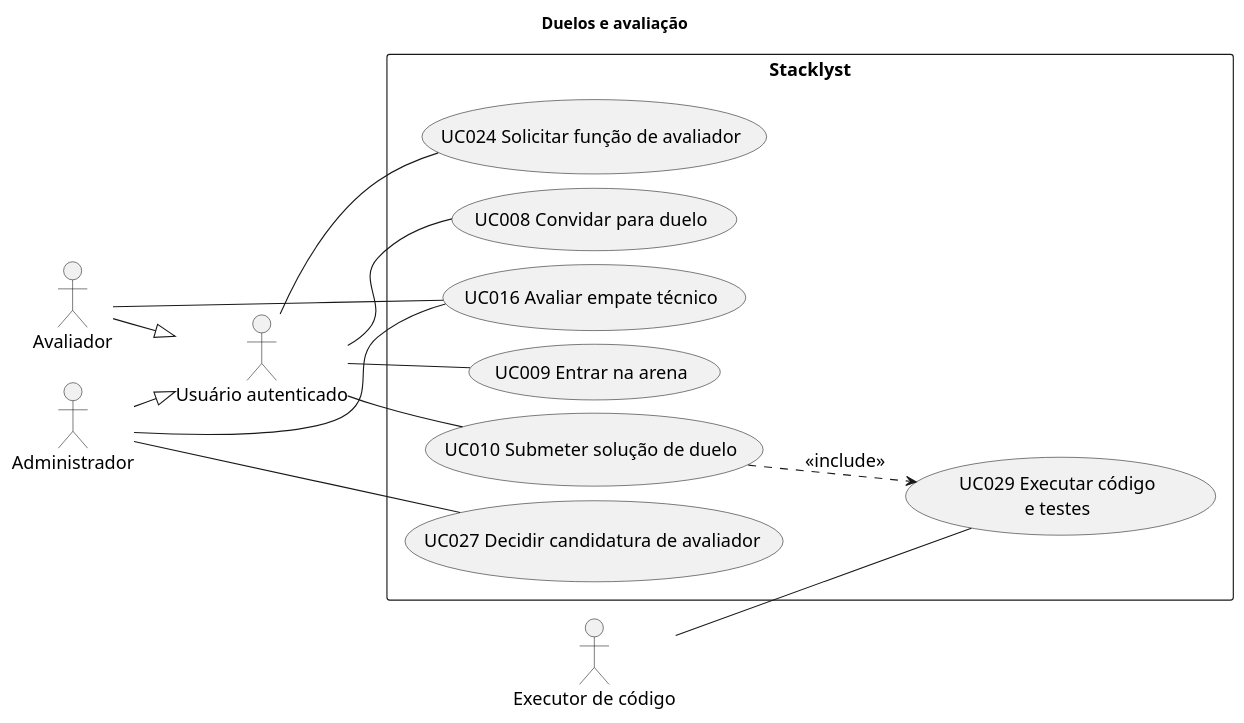
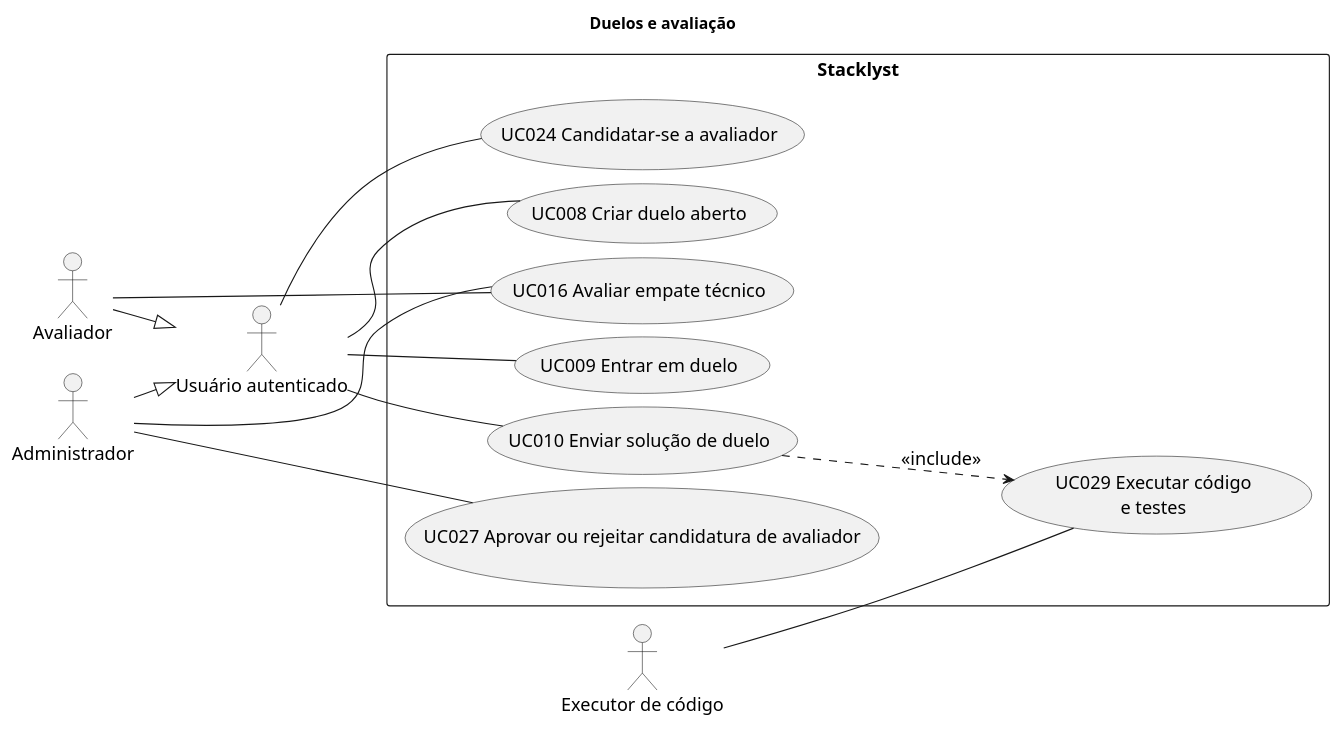
Before and after one commit to pedrotescaro/Stacklyst: the diagram in docs/laboratorio-engenharia-software/diagramas/fontes/casos-duelos.puml, drawn with PlantUML. The commit also changed 11 other files, not shown here.

```diff
--- a/docs/laboratorio-engenharia-software/diagramas/fontes/casos-duelos.puml
+++ b/docs/laboratorio-engenharia-software/diagramas/fontes/casos-duelos.puml
@@ -1,34 +1,34 @@
 @startuml
 title Duelos e avaliação
 left to right direction
 skinparam monochrome true
 skinparam shadowing false
 skinparam defaultFontName Arial
 skinparam defaultFontSize 16
 skinparam nodesep 12
 skinparam ranksep 35
 actor "Usuário autenticado" as Usuario
 actor Avaliador
 actor Administrador
 actor "Executor de código" as Runner
 rectangle Stacklyst {
   usecase "UC029 Executar código\ne testes" as UC029
-  usecase "UC008 Convidar para duelo" as UC008
-  usecase "UC009 Entrar na arena" as UC009
-  usecase "UC010 Submeter solução de duelo" as UC010
+  usecase "UC008 Criar duelo aberto" as UC008
+  usecase "UC009 Entrar em duelo" as UC009
+  usecase "UC010 Enviar solução de duelo" as UC010
   usecase "UC016 Avaliar empate técnico" as UC016
-  usecase "UC024 Solicitar função de avaliador" as UC024
-  usecase "UC027 Decidir candidatura de avaliador" as UC027
+  usecase "UC024 Candidatar-se a avaliador" as UC024
+  usecase "UC027 Aprovar ou rejeitar candidatura de avaliador" as UC027
 }
 Usuario -- UC008
 Usuario -- UC009
 Usuario -- UC010
 Usuario -- UC024
 Runner -- UC029
 Avaliador -- UC016
 Administrador -- UC016
 Administrador -- UC027
 Avaliador --|> Usuario
 Administrador --|> Usuario
 UC010 ..> UC029 : <<include>>
 @enduml
```
